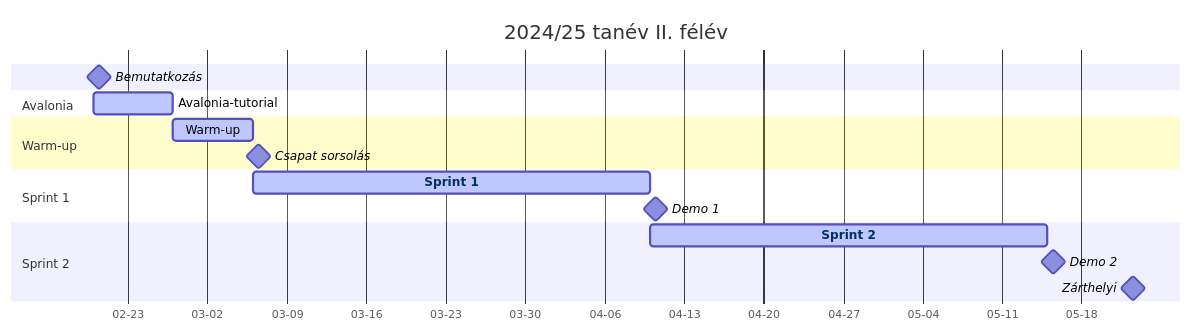
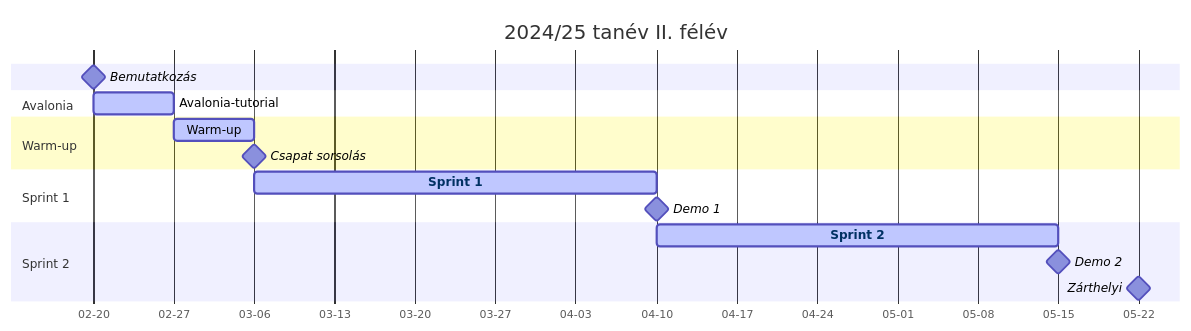
One commit to SzFMV2025-Tavasz/handout changed the diagram in src/schedule.md. Above: the diagram before and after it, drawn with Mermaid.

Commit message:
Update schedule Gantt diagram
This worked on the official site's live demo page.

```diff
--- a/src/schedule.md
+++ b/src/schedule.md
@@ -33,21 +33,23 @@
 <div class="mermaid">
     gantt
+    tickInterval 1week
+    weekday thursday
     dateFormat  YYYY-MM-DD
     axisFormat  %m-%d
     title 2024/25 tanév II. félév
-    Bemutatkozás :milestone, 2025-02-20, 1d
+    Bemutatkozás :milestone, 2025-02-20, 0d
     section Avalonia
         Avalonia-tutorial: active, avalonia-tutorial, 2025-02-20, 1w
     section Warm-up
         Warm-up :active, warmup, 2025-02-27, 1w
-    Csapat sorsolás :milestone, after warmup, 1d
+    Csapat sorsolás :milestone, after warmup, 0d
     section Sprint 1
         Sprint 1 :active, sprint1, after warmup, 5w
-    Demo 1 :milestone, after sprint1, 1d
+    Demo 1 :milestone, after sprint1, 0d
     section Sprint 2
         Sprint 2 :active, sprint2, after sprint1, 5w
-    Demo 2 :milestone, after sprint2, 1d
-    Zárthelyi :milestone, 2025-05-22, 1d
+    Demo 2 :milestone, after sprint2, 0d
+    Zárthelyi :milestone, 2025-05-22, 0d
     click sprint1 href "./sprints/sprint_1.html"
     click sprint2 href "./sprints/sprint_2.html"
 </div>
```
